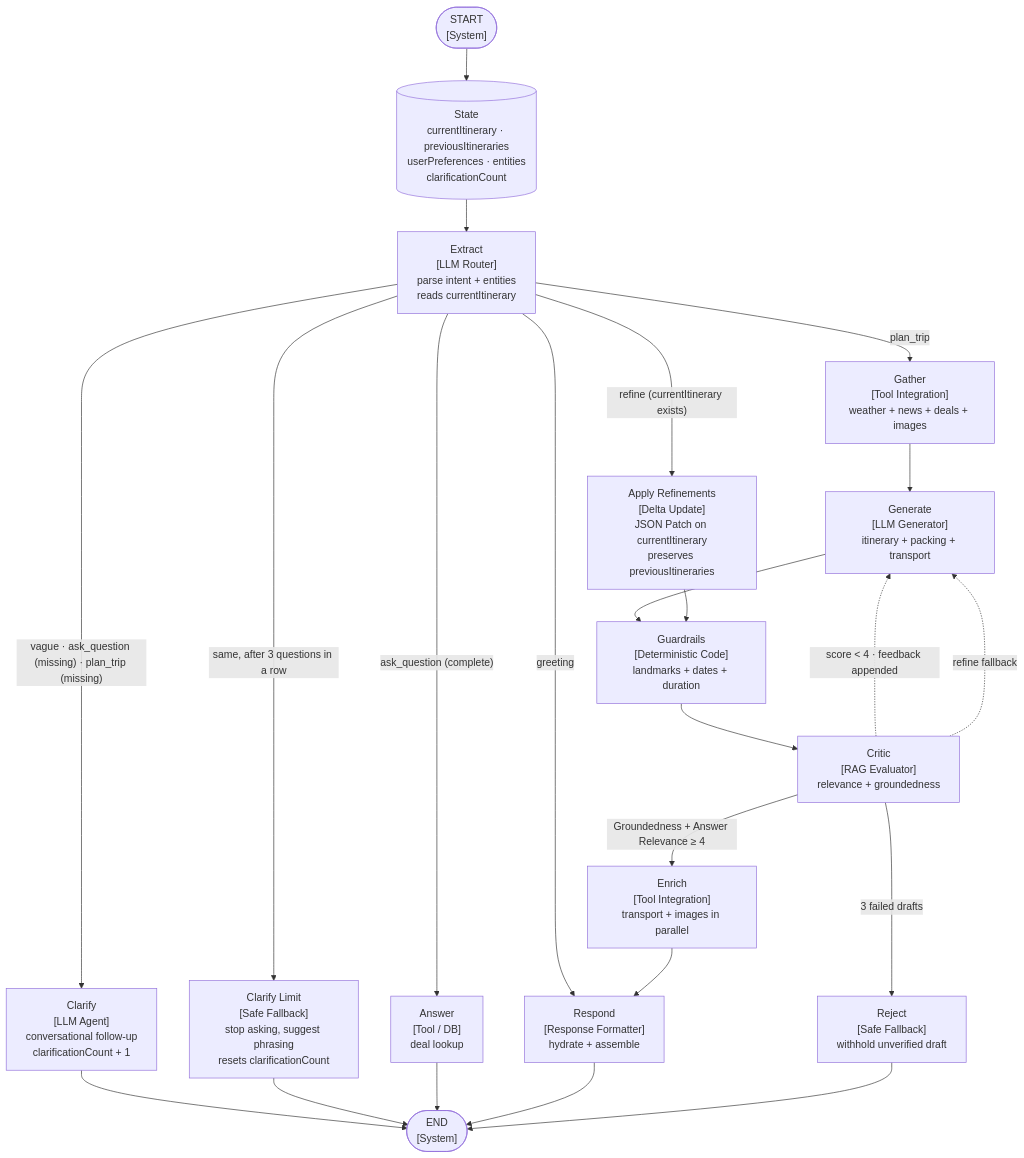
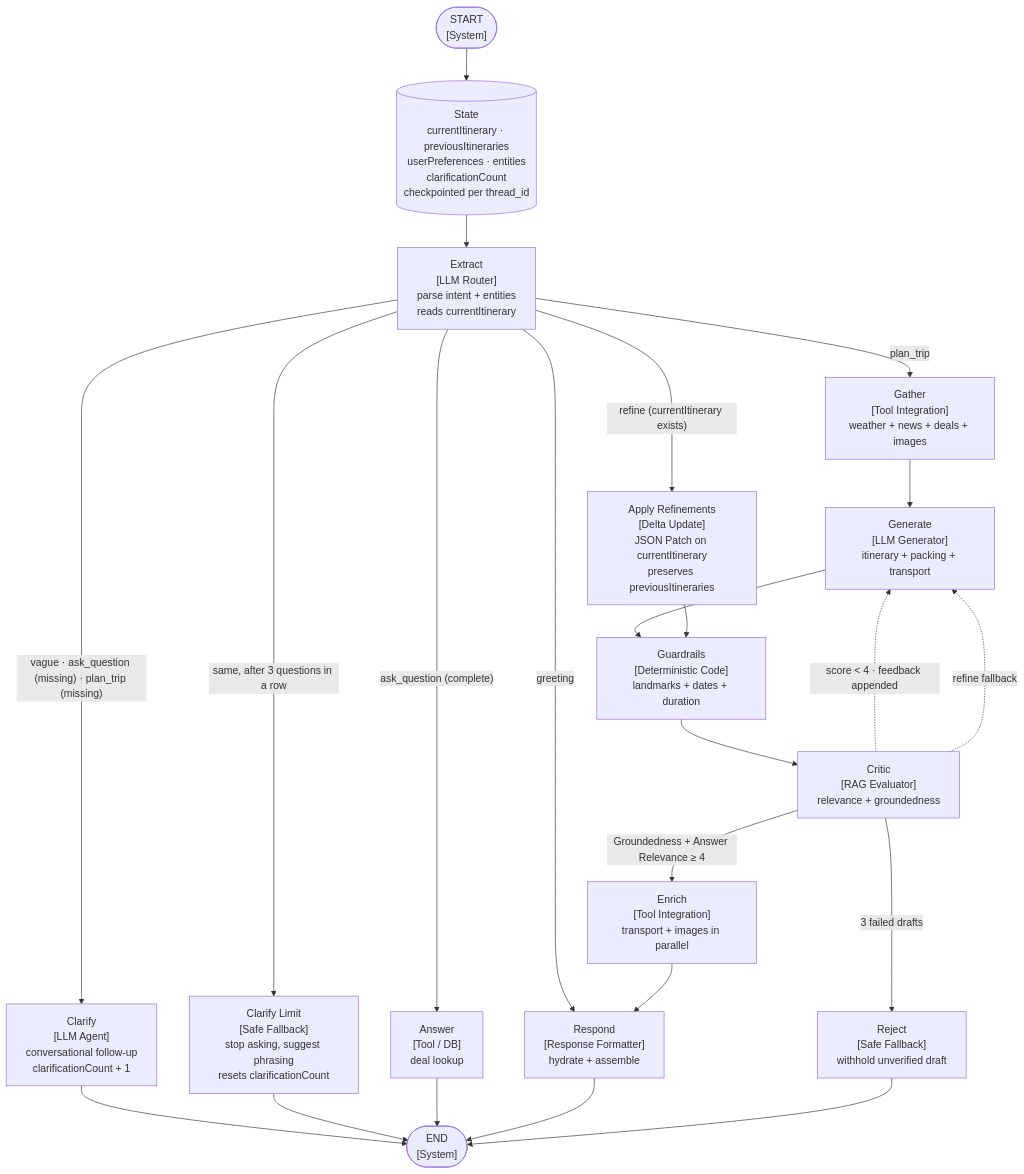
The diagram in README.md (hadileonard08/jalan), drawn with Mermaid before and after one commit. The commit also changed other lines of this file, not shown here.

````diff
--- a/README.md
+++ b/README.md
@@ -66,55 +66,55 @@
 ```mermaid
 flowchart TD
     START(["START<br/>[System]"])
     END(["END<br/>[System]"])
 
-    state[("State<br/>currentItinerary · previousItineraries<br/>userPreferences · entities<br/>clarificationCount")]
+    state[("State<br/>currentItinerary · previousItineraries<br/>userPreferences · entities<br/>clarificationCount<br/>checkpointed per thread_id")]
     extract["Extract<br/>[LLM Router]<br/>parse intent + entities<br/>reads currentItinerary"]
     clarify["Clarify<br/>[LLM Agent]<br/>conversational follow-up<br/>clarificationCount + 1"]
     clarifyLimit["Clarify Limit<br/>[Safe Fallback]<br/>stop asking, suggest phrasing<br/>resets clarificationCount"]
     gather["Gather<br/>[Tool Integration]<br/>weather + news + deals + images"]
     generate["Generate<br/>[LLM Generator]<br/>itinerary + packing + transport"]
     applyRefinements["Apply Refinements<br/>[Delta Update]<br/>JSON Patch on currentItinerary<br/>preserves previousItineraries"]
     guardrails["Guardrails<br/>[Deterministic Code]<br/>landmarks + dates + duration"]
     critic["Critic<br/>[RAG Evaluator]<br/>relevance + groundedness"]
     enrich["Enrich<br/>[Tool Integration]<br/>transport + images in parallel"]
     answer["Answer<br/>[Tool / DB]<br/>deal lookup"]
     respond["Respond<br/>[Response Formatter]<br/>hydrate + assemble"]
     reject["Reject<br/>[Safe Fallback]<br/>withhold unverified draft"]
 
     %% Entry
     START --> state
     state --> extract
 
     %% Extract routing — consolidated labels to avoid overlap
     extract -->|"greeting"| respond
     extract -->|"vague · ask_question (missing) · plan_trip (missing)"| clarify
     extract -->|"same, after 3 questions in a row"| clarifyLimit
     extract -->|"ask_question (complete)"| answer
     extract -->|"plan_trip"| gather
     extract -->|"refine (currentItinerary exists)"| applyRefinements
 
     %% Clarifications and direct answers are already final responses
     clarify --> END
     clarifyLimit --> END
     answer --> END
 
     %% Main pipeline — Gather clears the clarification streak
     gather --> generate
     generate --> guardrails
     applyRefinements --> guardrails
     guardrails --> critic
 
     %% Critic routing — approval goes to enrichment; rejection loops back to generation
     critic -->|"Groundedness + Answer Relevance ≥ 4"| enrich
     critic -.->|"score < 4 · feedback appended"| generate
     critic -.->|"refine fallback"| generate
     critic -->|"3 failed drafts"| reject
 
     %% Enrichment runs transport + images concurrently, then responds
     enrich --> respond
 
     %% Terminal
     respond --> END
     reject --> END
 ```
````
